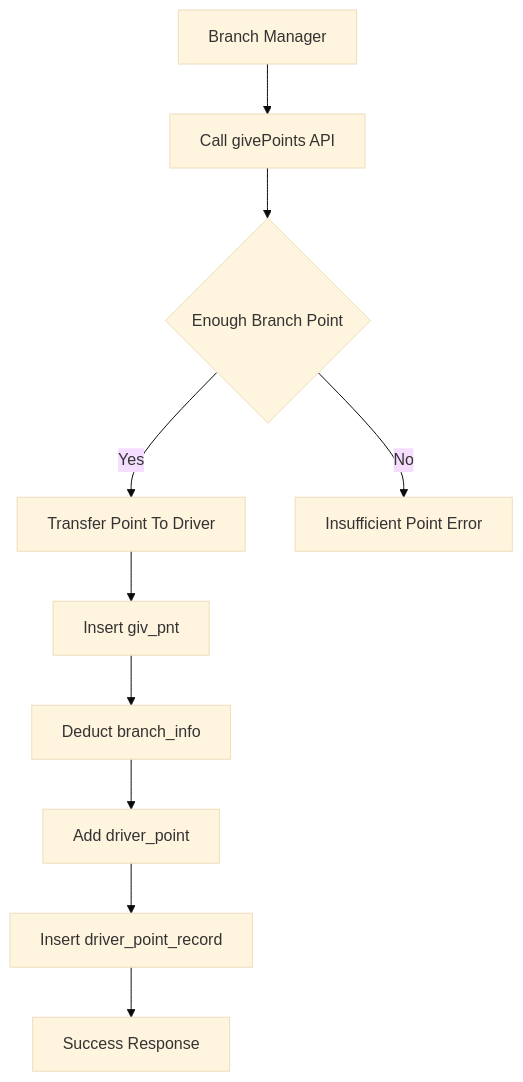
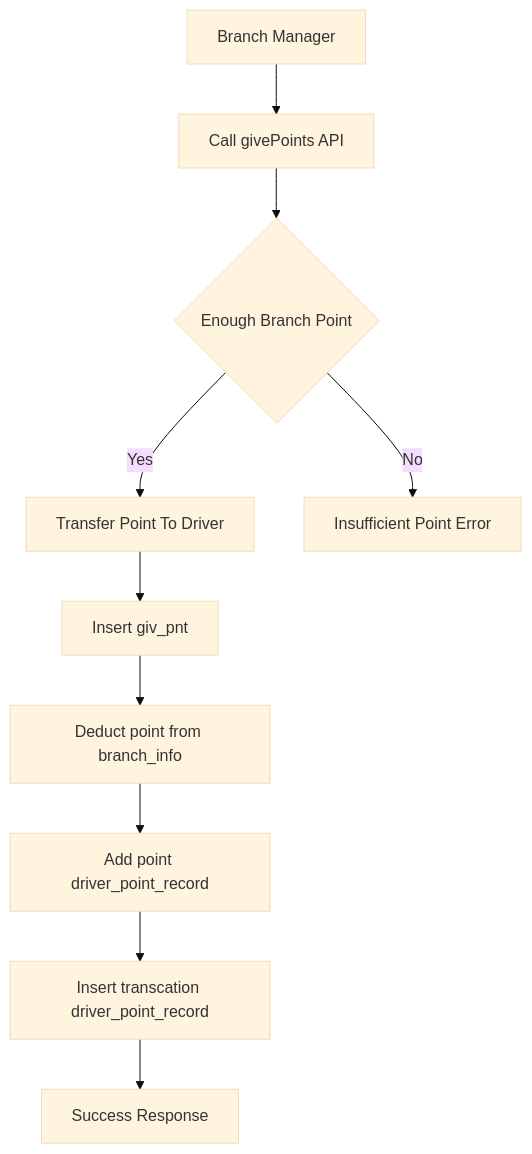
Before and after one commit to KSW-IT/point-flow-documentation: the second of 6 diagrams in Point_Flow.md, drawn with Mermaid (base theme).

````diff
--- a/Point_Flow.md
+++ b/Point_Flow.md
@@ -126,22 +126,22 @@
 ```mermaid
 flowchart TD
 
     A[Branch Manager]
     --> B[Call givePoints API]
 
     B --> C{Enough Branch Point}
 
     C -->|Yes| D[Transfer Point To Driver]
 
     D --> E[Insert giv_pnt]
 
-    E --> F[Deduct branch_info]
+    E --> F[Deduct point from branch_info]
 
-    F --> G[Add driver_point]
+    F --> G[Add point driver_point_record]
 
-    G --> H[Insert driver_point_record]
+    G --> H[Insert transcation driver_point_record]
 
     H --> I[Success Response]
 
     C -->|No| J[Insufficient Point Error]
 ```
````
